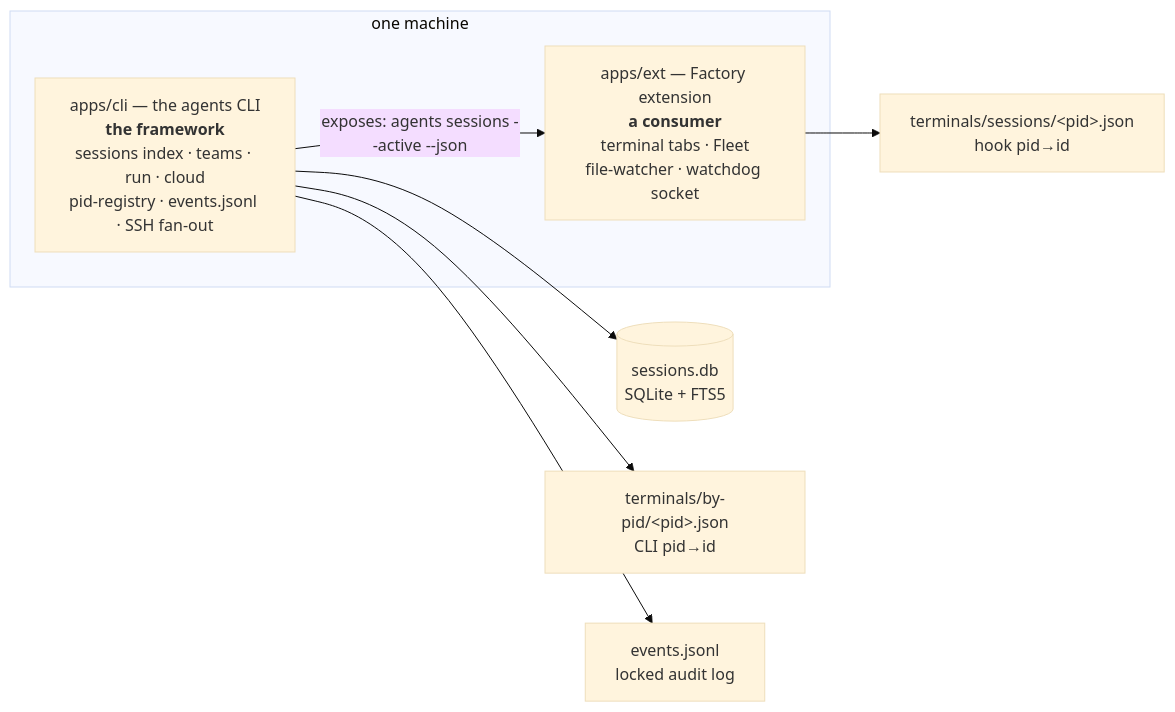
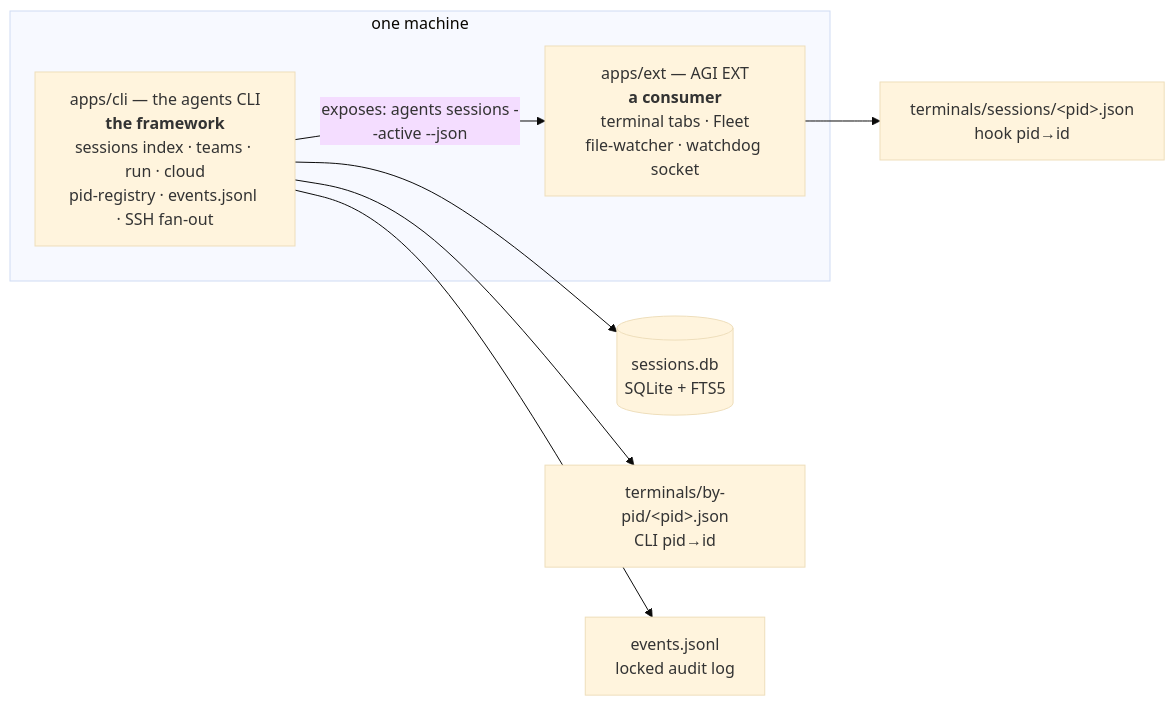
One commit to muqsitnawaz/agi-cli changed the first of 2 diagrams in apps/cli/docs/architecture.md. Above: the diagram before and after it, drawn with Mermaid (base theme). The commit also changed other lines of this file and 87 other files, not shown here.

First line of the commit message:
docs(ext): rename the product to AGI EXT and correct the frozen-identity note

````diff
--- a/apps/cli/docs/architecture.md
+++ b/apps/cli/docs/architecture.md
@@ -26,12 +26,12 @@
 ```mermaid
 flowchart LR
   subgraph machine["one machine"]
     CLI["apps/cli — the agents CLI<br/><b>the framework</b><br/>sessions index · teams · run · cloud<br/>pid-registry · events.jsonl · SSH fan-out"]
-    FAC["apps/ext — Factory extension<br/><b>a consumer</b><br/>terminal tabs · Fleet<br/>file-watcher · watchdog socket"]
+    FAC["apps/ext — AGI EXT<br/><b>a consumer</b><br/>terminal tabs · Fleet<br/>file-watcher · watchdog socket"]
     CLI -- "exposes: agents sessions --active --json" --> FAC
   end
   CLI --> DB[("sessions.db<br/>SQLite + FTS5")]
   CLI --> BYPID["terminals/by-pid/&lt;pid&gt;.json<br/>CLI pid→id"]
   FAC --> SESS["terminals/sessions/&lt;pid&gt;.json<br/>hook pid→id"]
   CLI --> EV["events.jsonl<br/>locked audit log"]
 ```
````
